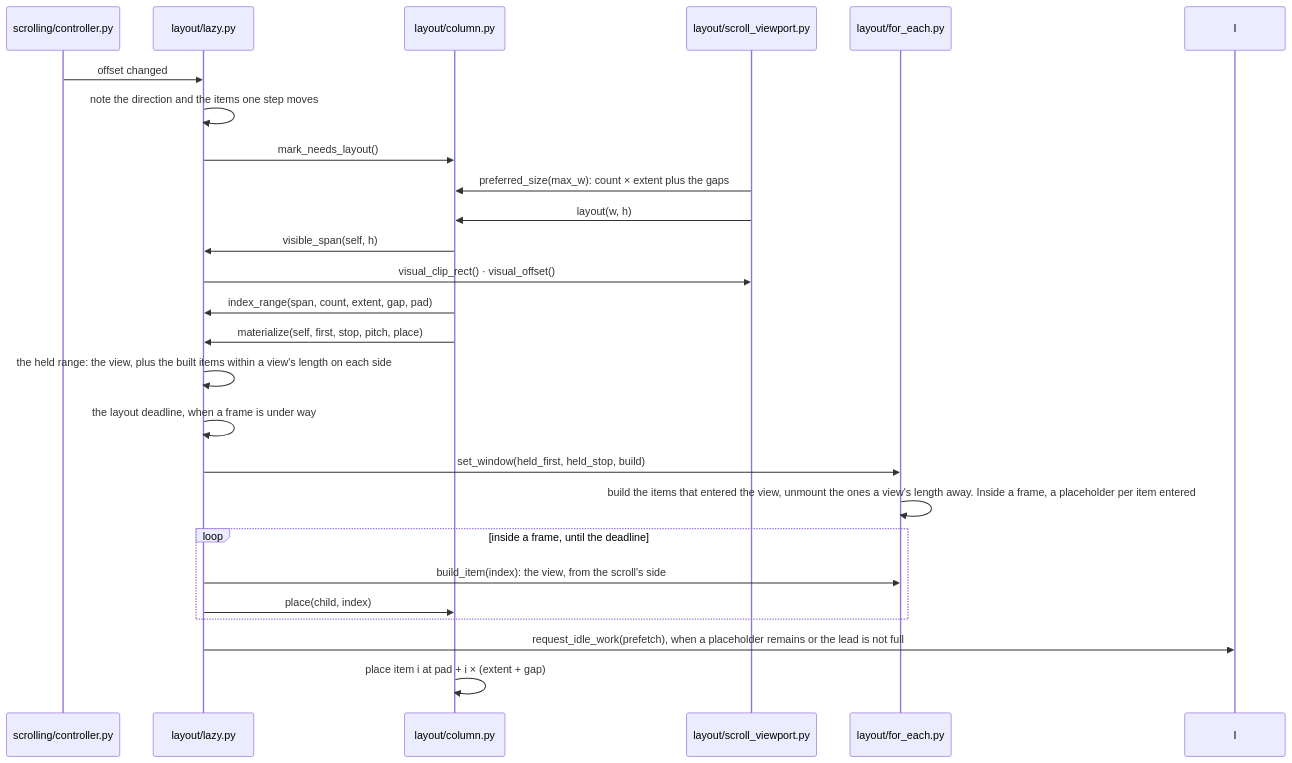
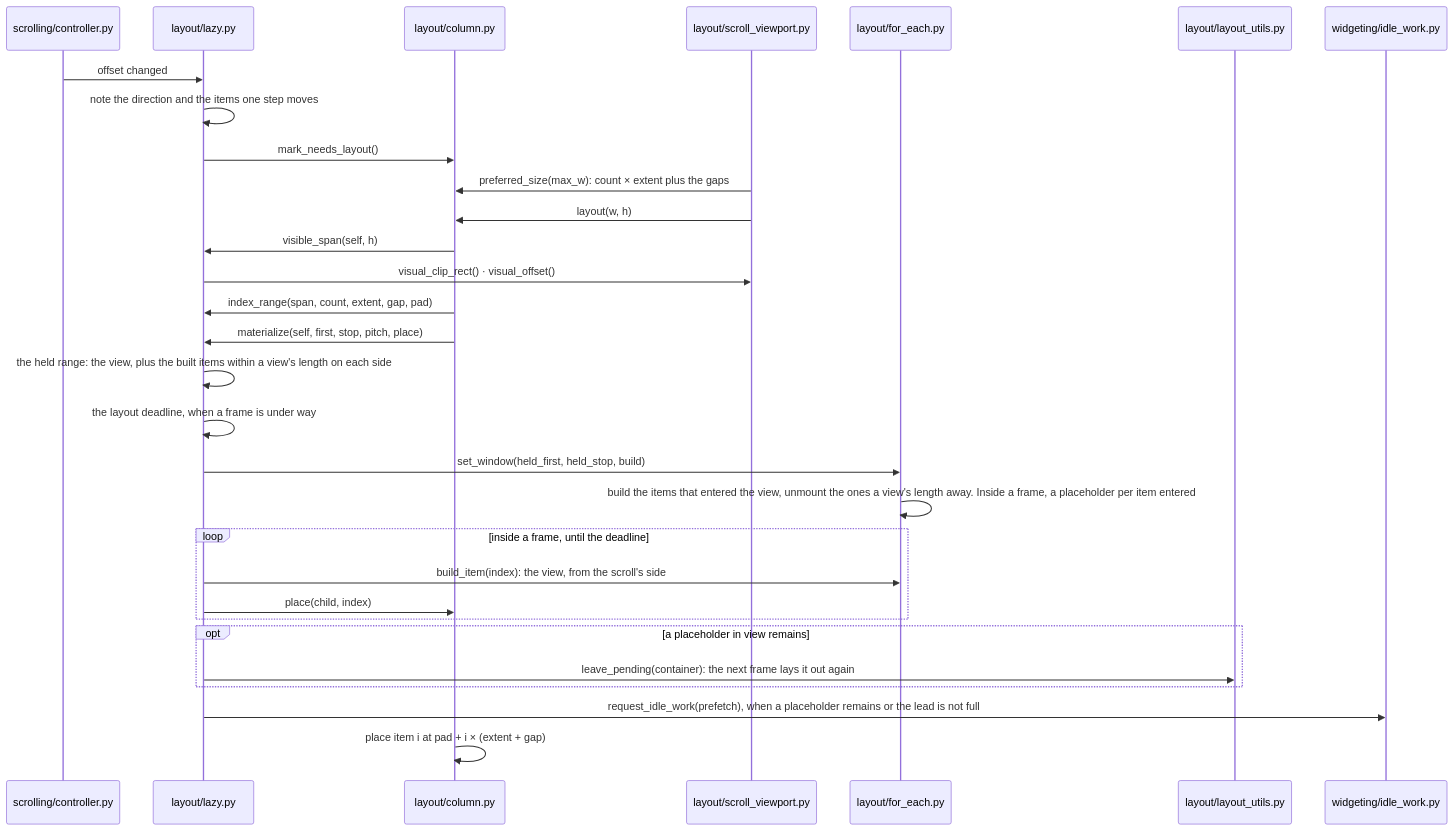
One commit to yuksblog/nuiitivet changed the seventh of 11 diagrams in docs/design/LAYOUT.md. Above: the diagram before and after it, drawn with Mermaid. The commit also changed other lines of this file and 6 other files, not shown here.

First line of the commit message:
fix(layout): fill a lazy view's placeholders in the next frame

````diff
--- a/docs/design/LAYOUT.md
+++ b/docs/design/LAYOUT.md
@@ -233,28 +233,33 @@
 ```mermaid
 sequenceDiagram
     participant S as scrolling/controller.py
     participant L as layout/lazy.py
     participant C as layout/column.py
     participant V as layout/scroll_viewport.py
     participant F as layout/for_each.py
+    participant U as layout/layout_utils.py
+    participant I as widgeting/idle_work.py
 
     S->>L: offset changed
     L->>L: note the direction and the items one step moves
     L->>C: mark_needs_layout()
     V->>C: preferred_size(max_w): count × extent plus the gaps
     V->>C: layout(w, h)
     C->>L: visible_span(self, h)
     L->>V: visual_clip_rect() · visual_offset()
     C->>L: index_range(span, count, extent, gap, pad)
     C->>L: materialize(self, first, stop, pitch, place)
     L->>L: the held range: the view, plus the built items within a view's length on each side
     L->>L: the layout deadline, when a frame is under way
     L->>F: set_window(held_first, held_stop, build)
     F->>F: build the items that entered the view, unmount the ones a view's length away. Inside a frame, a placeholder per item entered
     loop inside a frame, until the deadline
         L->>F: build_item(index): the view, from the scroll's side
         L->>C: place(child, index)
     end
+    opt a placeholder in view remains
+        L->>U: leave_pending(container): the next frame lays it out again
+    end
     L->>I: request_idle_work(prefetch), when a placeholder remains or the lead is not full
     C->>C: place item i at pad + i × (extent + gap)
 ```
````
